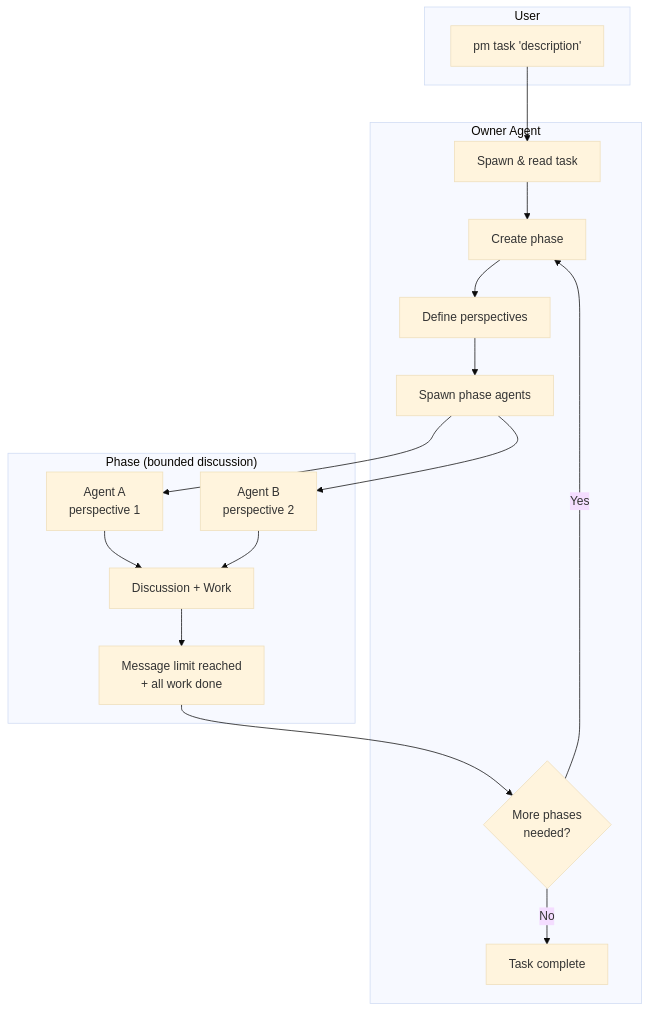
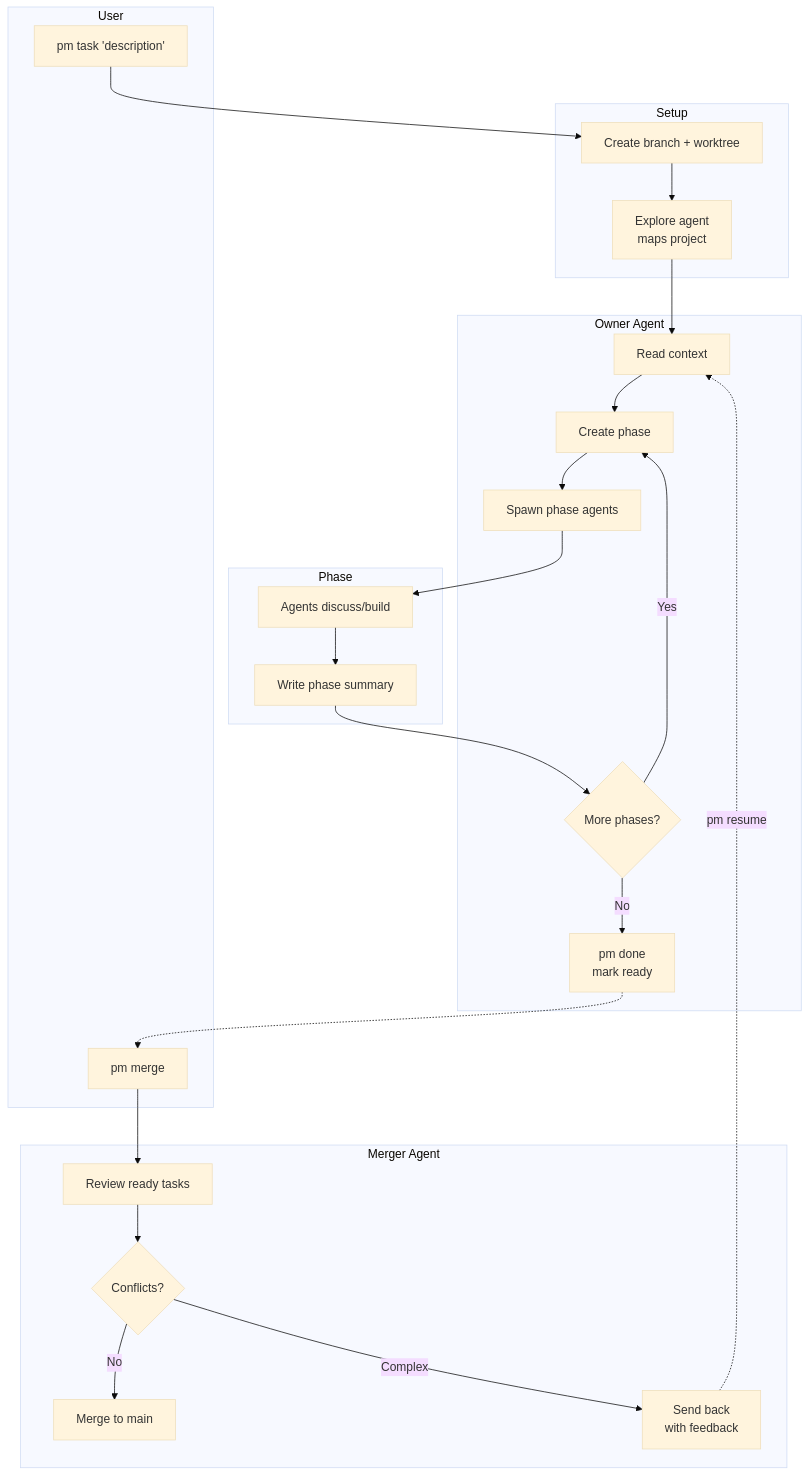
One commit to Hollings/plasmodium changed the first of 2 diagrams in README.md. Above: the diagram before and after it, drawn with Mermaid (base theme). The commit also changed other lines of this file and 1 other file, not shown here.

Commit message:
Update README with worktree/merge workflow, fix merger to loop until done

````diff
--- a/README.md
+++ b/README.md
@@ -144,33 +156,43 @@
 ```mermaid
 flowchart TD
     subgraph User
         A[pm task 'description']
+        Z[pm merge]
+    end
+
+    subgraph Setup
+        B[Create branch + worktree]
+        C[Explore agent<br/>maps project]
     end
 
     subgraph Owner["Owner Agent"]
-        B[Spawn & read task]
-        C[Create phase]
-        D[Define perspectives]
-        E[Spawn phase agents]
-        F{More phases<br/>needed?}
-        G[Task complete]
+        D[Read context]
+        E[Create phase]
+        F[Spawn phase agents]
+        G{More phases?}
+        H[pm done<br/>mark ready]
     end
 
-    subgraph Phase["Phase (bounded discussion)"]
-        H[Agent A<br/>perspective 1]
-        I[Agent B<br/>perspective 2]
-        J[Discussion + Work]
-        K[Message limit reached<br/>+ all work done]
+    subgraph Phase["Phase"]
+        I[Agents discuss/build]
+        J[Write phase summary]
     end
 
-    A --> B
-    B --> C
-    C --> D
-    D --> E
-    E --> H & I
-    H & I --> J
-    J --> K
-    K --> F
-    F -->|Yes| C
-    F -->|No| G
+    subgraph Merge["Merger Agent"]
+        K[Review ready tasks]
+        L{Conflicts?}
+        M[Merge to main]
+        N[Send back<br/>with feedback]
+    end
+
+    A --> B --> C --> D
+    D --> E --> F --> I
+    I --> J --> G
+    G -->|Yes| E
+    G -->|No| H
+    H -.-> Z
+    Z --> K --> L
+    L -->|No| M
+    L -->|Complex| N
+    N -.->|pm resume| D
 ```
````
